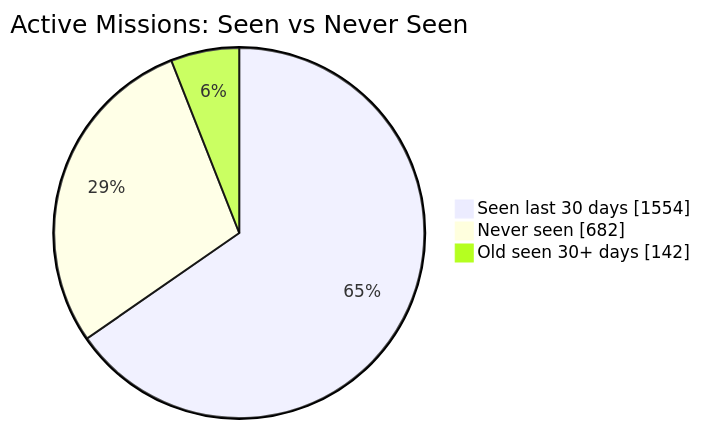
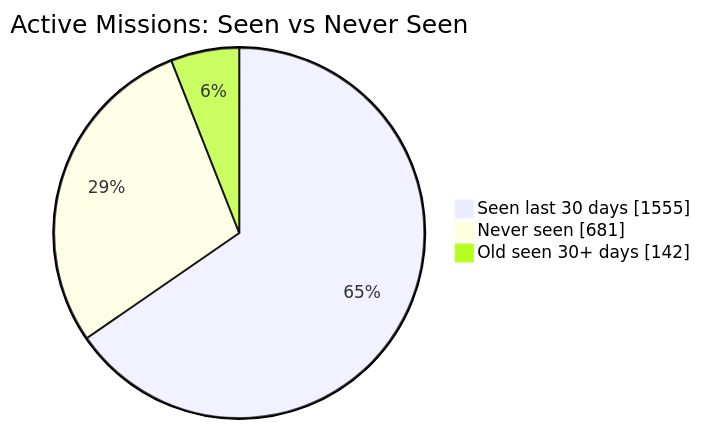
Before and after one commit to MeldkamerspelGameTeam/active-missions: the first of 2 diagrams in README.md, drawn with Mermaid. The commit also changed other lines of this file and 2 other files, not shown here.

````diff
--- a/README.md
+++ b/README.md
@@ -34,7 +34,7 @@
 ```mermaid
 pie showData
     title Active Missions: Seen vs Never Seen
-    "Seen last 30 days" : 1554
-    "Never seen" : 682
+    "Seen last 30 days" : 1555
+    "Never seen" : 681
     "Old seen 30+ days" : 142
 ```
````
